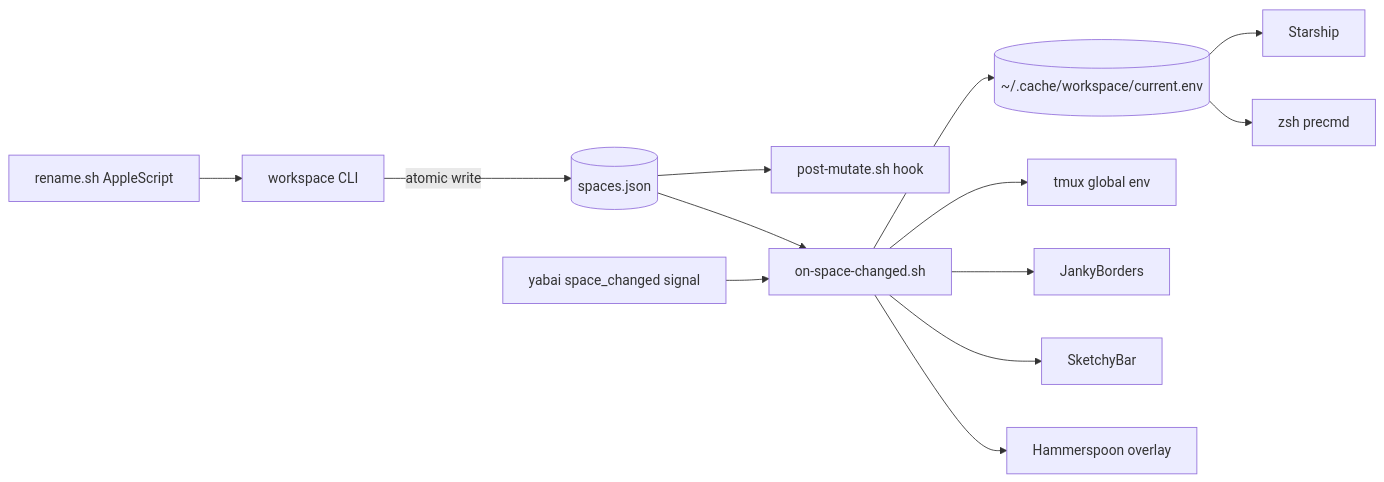
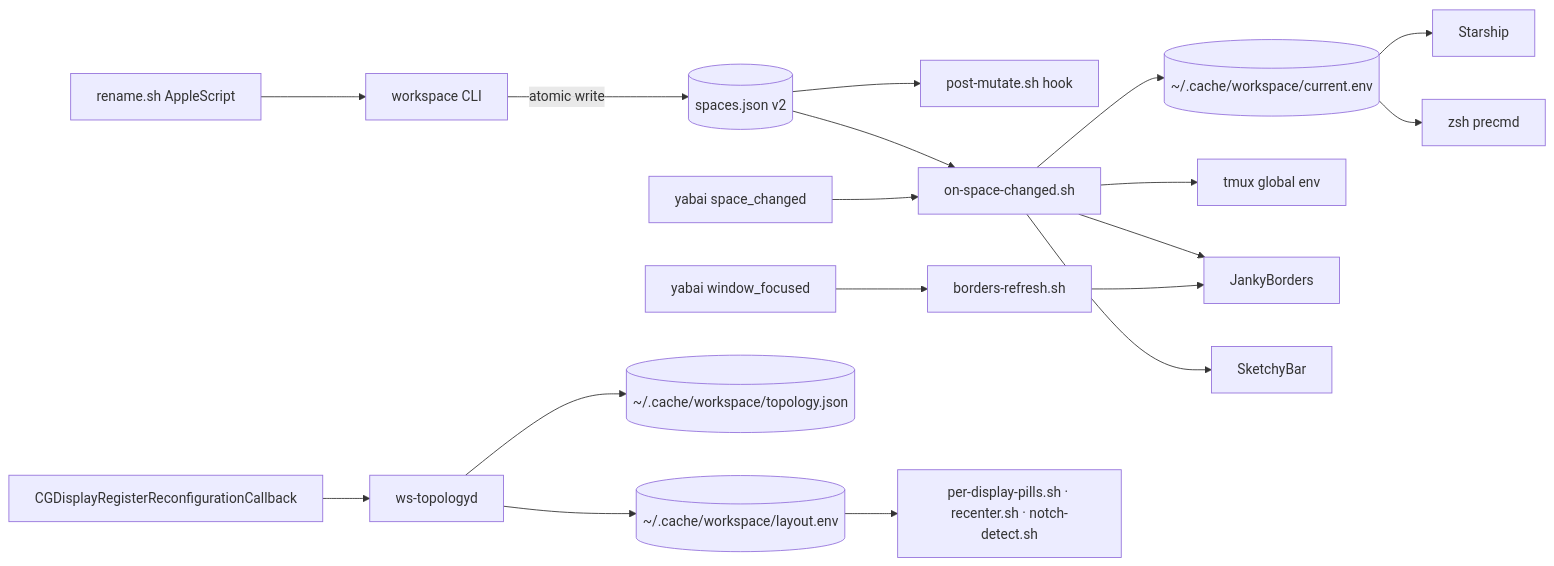
Before and after one commit to adames/dotfiles: the second of 2 diagrams in docs/architecture.md, drawn with Mermaid. The commit also changed other lines of this file and 2 other files, not shown here.

First line of the commit message:
docs: final pass — sync architecture + READMEs to actual built system

````diff
--- a/docs/architecture.md
+++ b/docs/architecture.md
@@ -149,15 +151,20 @@
 ```mermaid
 graph LR
-  CLI[workspace CLI] -->|atomic write| JSON[(spaces.json)]
+  CLI[workspace CLI] -->|atomic write| JSON[(spaces.json v2)]
   Rename[rename.sh AppleScript] --> CLI
   JSON --> Hook[post-mutate.sh hook]
   JSON --> Cascade[on-space-changed.sh]
-  yabai[yabai space_changed signal] --> Cascade
+  yabai[yabai space_changed] --> Cascade
+  yabai_focus[yabai window_focused] --> BordersRefresh[borders-refresh.sh]
+  CGCallback[CGDisplayRegisterReconfigurationCallback] --> Daemon[ws-topologyd]
+  Daemon --> TopologyJSON[(~/.cache/workspace/topology.json)]
+  Daemon --> LayoutEnv[(~/.cache/workspace/layout.env)]
+  LayoutEnv --> SketchybarPlugins[per-display-pills.sh · recenter.sh · notch-detect.sh]
   Cascade --> EnvFile[(~/.cache/workspace/current.env)]
   Cascade --> TmuxEnv[tmux global env]
   Cascade --> Borders[JankyBorders]
+  BordersRefresh --> Borders
   Cascade --> Sketchybar[SketchyBar]
-  Cascade --> HS[Hammerspoon overlay]
   EnvFile --> Starship
   EnvFile --> Zsh[zsh precmd]
 ```
````
